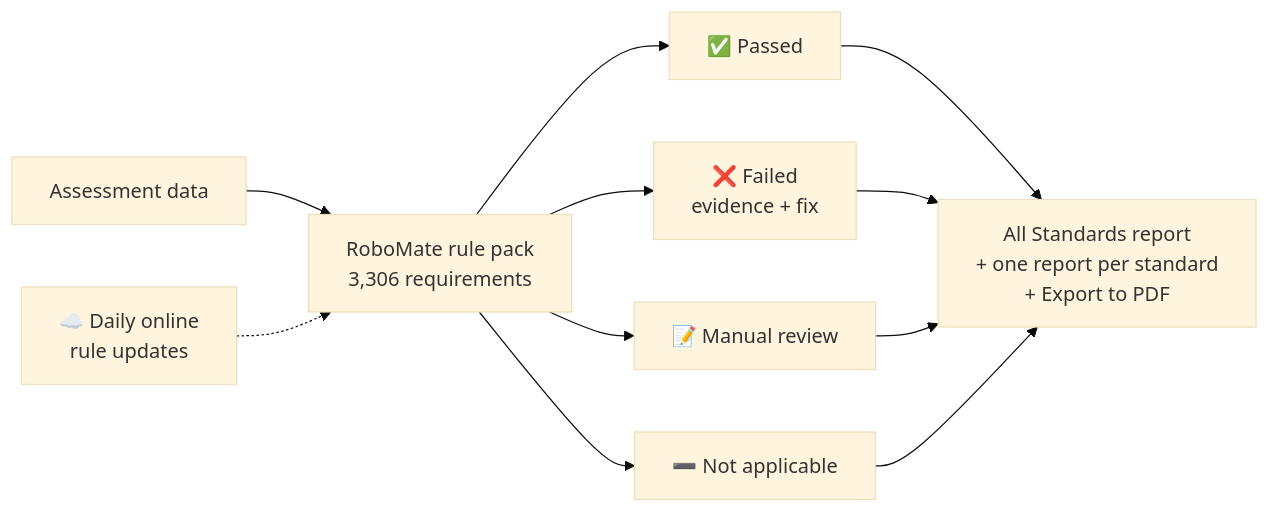
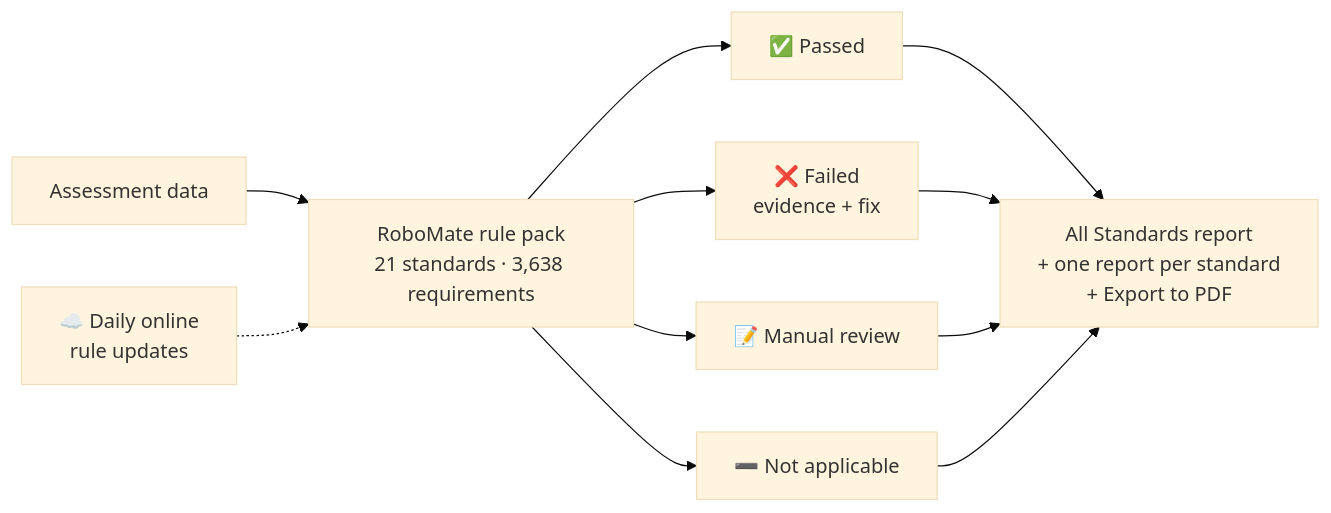
The sixth of 13 diagrams in README.md (MarcoFekry/RoboMate-CloudAutomation), drawn with Mermaid (base theme) before and after one commit. The commit also changed other lines of this file, not shown here.

````diff
--- a/README.md
+++ b/README.md
@@ -523,10 +426,10 @@
 ```mermaid
 flowchart LR
-    A["Assessment data"] --> R["RoboMate rule pack<br/>3,306 requirements"]
+    A["Assessment data"] --> R["RoboMate rule pack<br/>21 standards · 3,638 requirements"]
     U["☁️ Daily online<br/>rule updates"] -.-> R
     R --> P["✅ Passed"]
     R --> F["❌ Failed<br/>evidence + fix"]
     R --> M["📝 Manual review"]
     R --> N["➖ Not applicable"]
     P & F & M & N --> REP["All Standards report<br/>+ one report per standard<br/>+ Export to PDF"]
 ```
````
